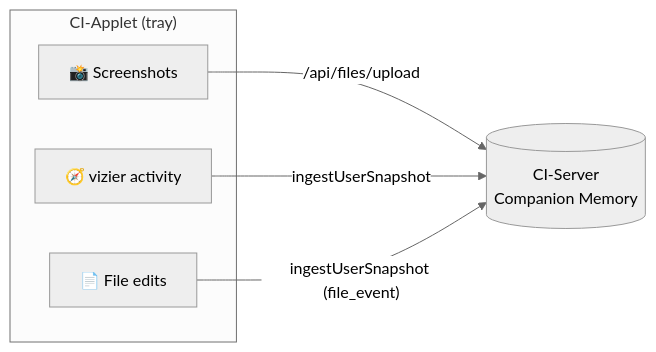
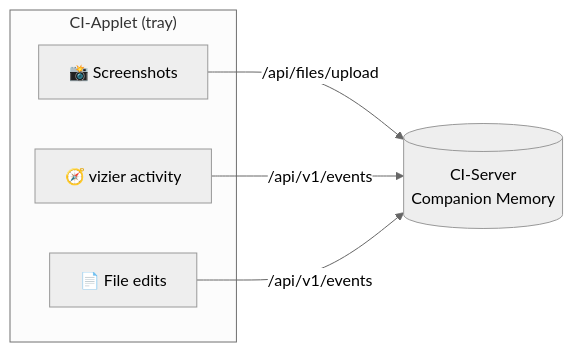
Before and after one commit to companionintelligence/CI-Capture: the first of 2 diagrams in README.md, drawn with Mermaid (neutral theme). The commit also changed other lines of this file and 22 other files, not shown here.

````diff
--- a/README.md
+++ b/README.md
@@ -27,11 +27,11 @@
 ```mermaid
 flowchart LR
     subgraph A["CI‑Applet (tray)"]
         SHOT["📸 Screenshots"]
         VIZ["🧭 vizier activity"]
         FILE["📄 File edits"]
     end
     SHOT -->|"/api/files/upload"| CI[("CI‑Server<br/>Companion Memory")]
-    VIZ  -->|"ingestUserSnapshot"| CI
-    FILE -->|"ingestUserSnapshot (file_event)"| CI
+    VIZ  -->|"/api/v1/events"| CI
+    FILE -->|"/api/v1/events"| CI
 ```
````
